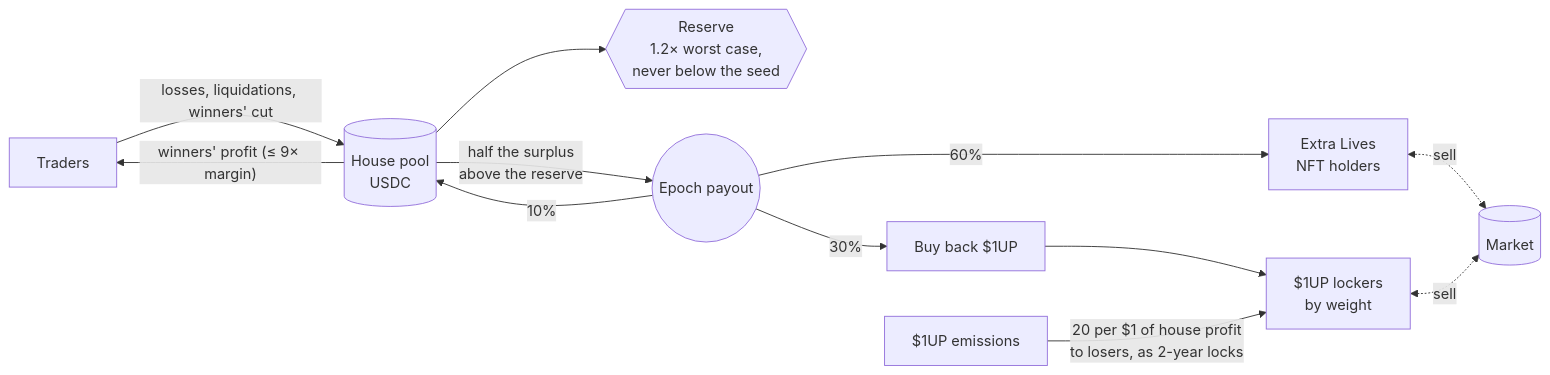
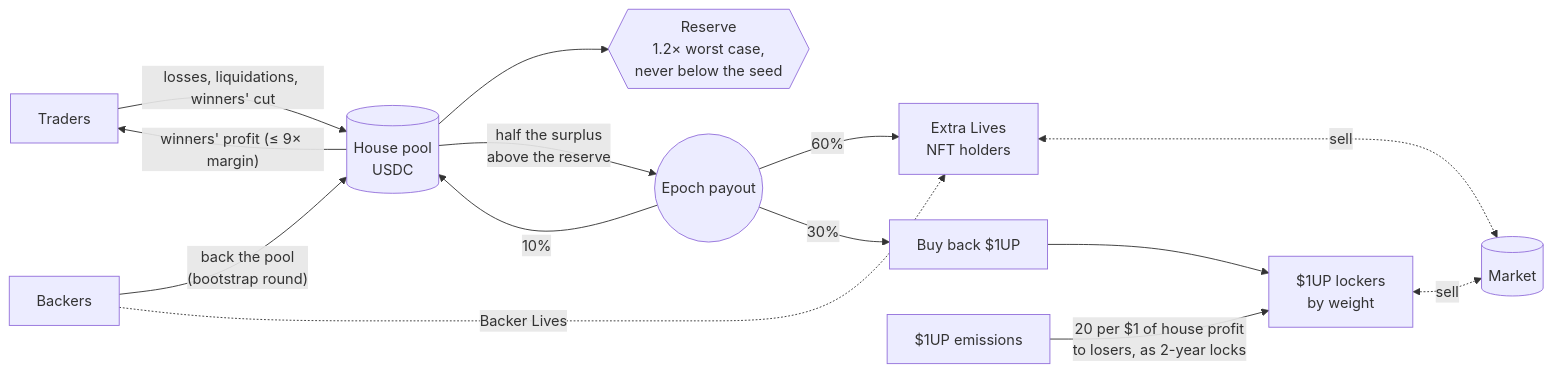
Before and after one commit to ethboi/oneup: the diagram in README.md, drawn with Mermaid. The commit also changed other lines of this file and 58 other files, not shown here.

First line of the commit message:
Security review fixes, Backer Lives to bootstrap the pool, more tests

````diff
--- a/README.md
+++ b/README.md
@@ -54,13 +54,15 @@
 ```mermaid
 flowchart LR
   T[Traders] -- "losses, liquidations, winners' cut" --> P[(House pool<br/>USDC)]
+  K[Backers] -- "back the pool<br/>(bootstrap round)" --> P
   P -- "winners' profit (≤ 9× margin)" --> T
   P --> R{{"Reserve<br/>1.2× worst case,<br/>never below the seed"}}
   P -- "half the surplus<br/>above the reserve" --> S((Epoch payout))
   S -- 60% --> L[Extra Lives<br/>NFT holders]
   S -- 30% --> B[Buy back $1UP] --> V[$1UP lockers<br/>by weight]
   S -- 10% --> P
   E[$1UP emissions] -- "20 per $1 of house profit<br/>to losers, as 2-year locks" --> V
   L <-. "sell" .-> M[(Market)]
   V <-. "sell" .-> M
+  K -. "Backer Lives" .-> L
 ```
````
